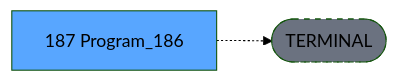
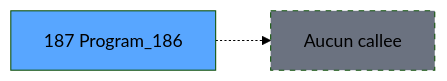
The third of 3 diagrams in .openspec/specs/ADH-IDE-187.md (thonyAGP/magic-migration), drawn with Mermaid (forest theme) before and after one commit. The commit also changed other lines of this file and 311 other files, not shown here.

````diff
--- a/.openspec/specs/ADH-IDE-187.md
+++ b/.openspec/specs/ADH-IDE-187.md
@@ -138,8 +121,8 @@
 ```mermaid
 graph LR
-    T[187 Program_186]
-    TERM([TERMINAL])
-    T -.-> TERM
-    style TERM fill:#6b7280,stroke-dasharray: 5 5
-    style T fill:#58a6ff,color:#000
+    T187[187 Program_186]
+    style T187 fill:#58a6ff
+    NONE[Aucun callee]
+    T187 -.-> NONE
+    style NONE fill:#6b7280,stroke-dasharray: 5 5
 ```
````
